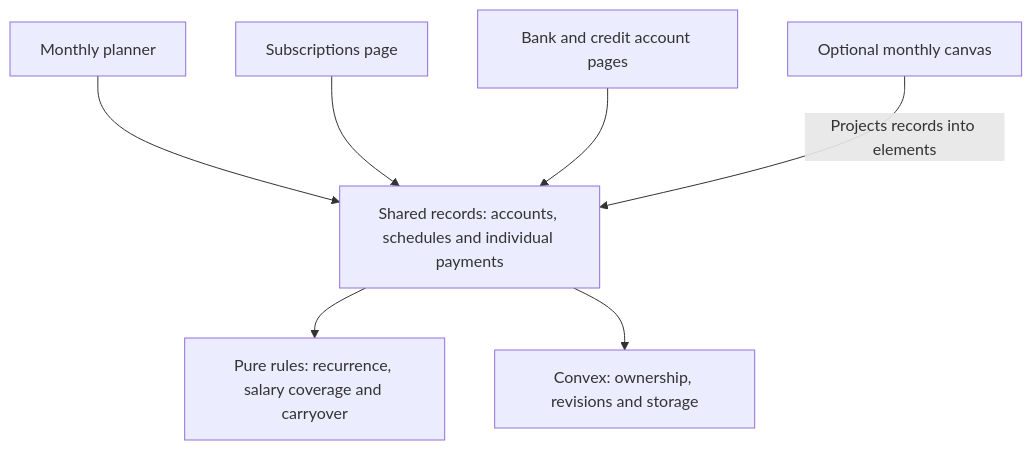
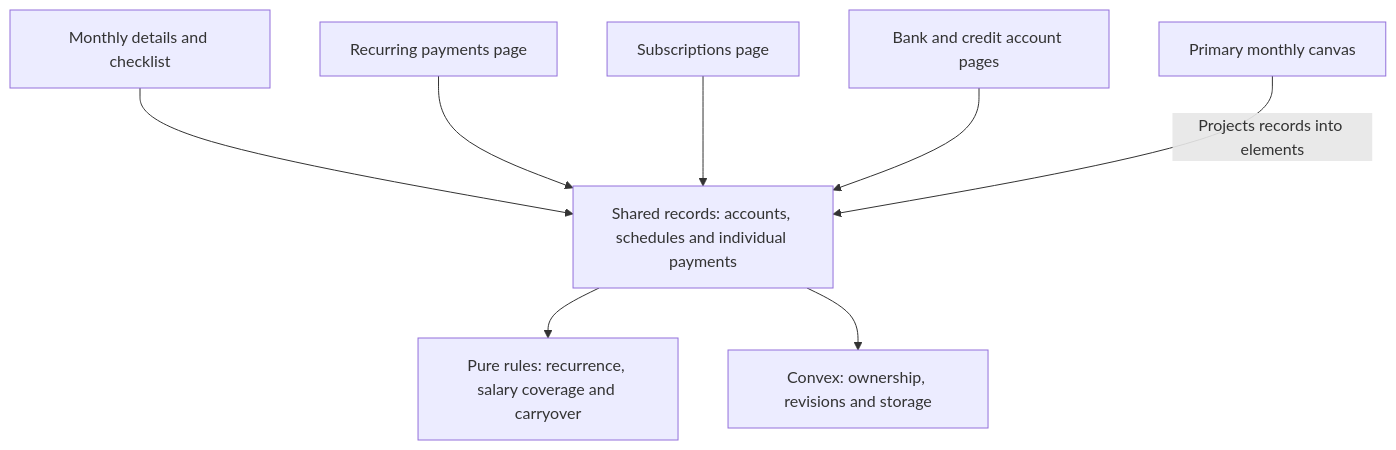
Before and after one commit to chvaldez10/fin-strat: the first of 5 diagrams in personal-dashboard/docs/technical/money-flow-canvas.md, drawn with Mermaid. The commit also changed other lines of this file and 34 other files, not shown here.

Commit message:
clean up money flow ui

````diff
--- a/personal-dashboard/docs/technical/money-flow-canvas.md
+++ b/personal-dashboard/docs/technical/money-flow-canvas.md
@@ -28,17 +50,19 @@
 ```mermaid
 flowchart TD
-    Month["Monthly planner"]
+    Month["Monthly details and checklist"]
+    Bills["Recurring payments page"]
     Subs["Subscriptions page"]
     Accounts["Bank and credit account pages"]
-    Canvas["Optional monthly canvas"]
+    Canvas["Primary monthly canvas"]
     Records["Shared records: accounts, schedules and individual payments"]
     Rules["Pure rules: recurrence, salary coverage and carryover"]
     Server["Convex: ownership, revisions and storage"]
 
     Month --> Records
+    Bills --> Records
     Subs --> Records
     Accounts --> Records
     Canvas -->|Projects records into elements| Records
     Records --> Rules
     Records --> Server
 ```
````
